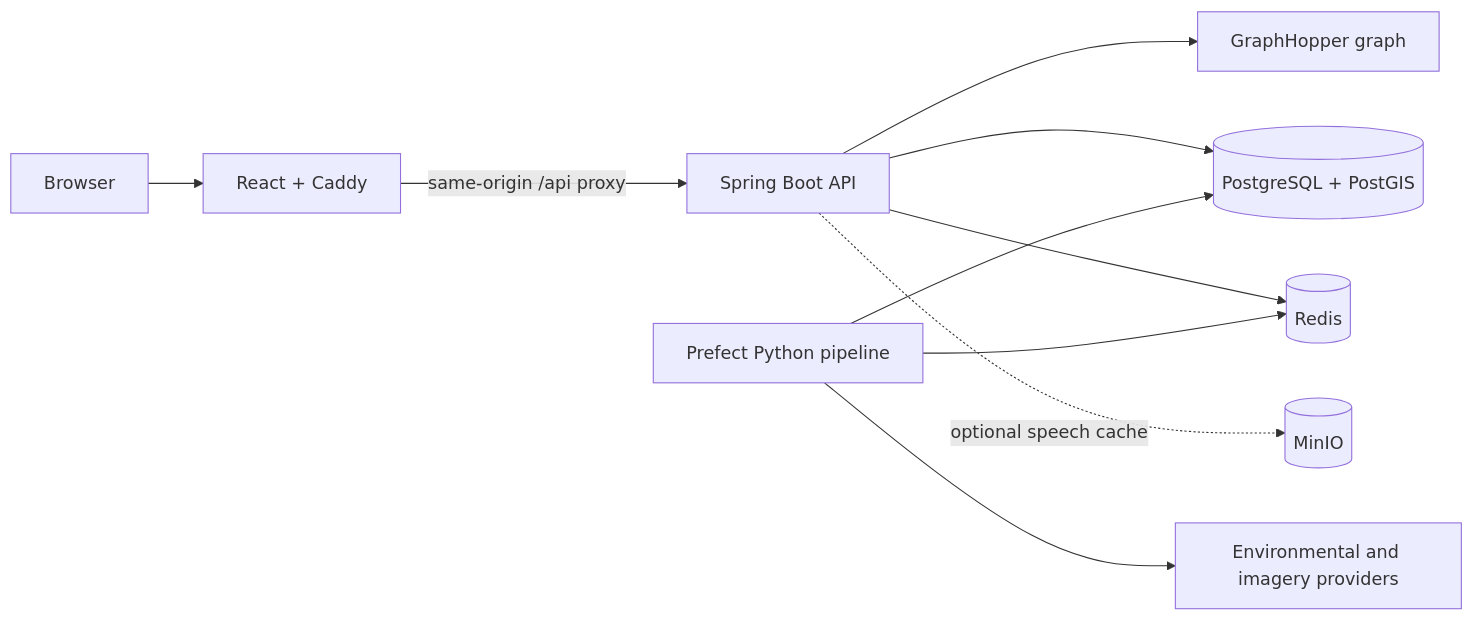
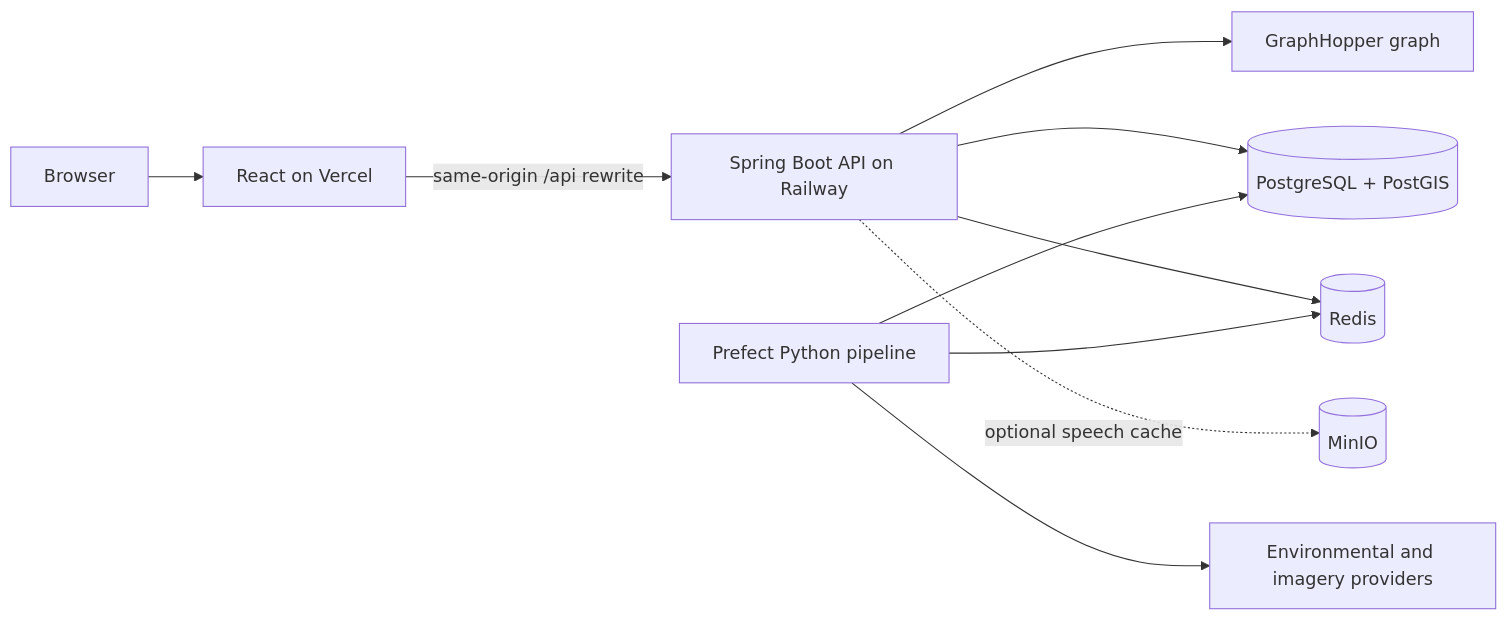
The diagram in implementation-progress.md (sshashank11/beacon-navigation-app), drawn with Mermaid before and after one commit. The commit also changed other lines of this file and 5 other files, not shown here.

````diff
--- a/implementation-progress.md
+++ b/implementation-progress.md
@@ -28,12 +29,12 @@
 ```mermaid
 flowchart LR
-    B[Browser] --> W[React + Caddy]
-    W -->|same-origin /api proxy| A[Spring Boot API]
+    B[Browser] --> W[React on Vercel]
+    W -->|same-origin /api rewrite| A[Spring Boot API on Railway]
     A --> G[GraphHopper graph]
     A --> P[(PostgreSQL + PostGIS)]
     A --> R[(Redis)]
     A -. optional speech cache .-> M[(MinIO)]
     PY[Prefect Python pipeline] --> P
     PY --> R
     PY --> D[Environmental and imagery providers]
 ```
````
